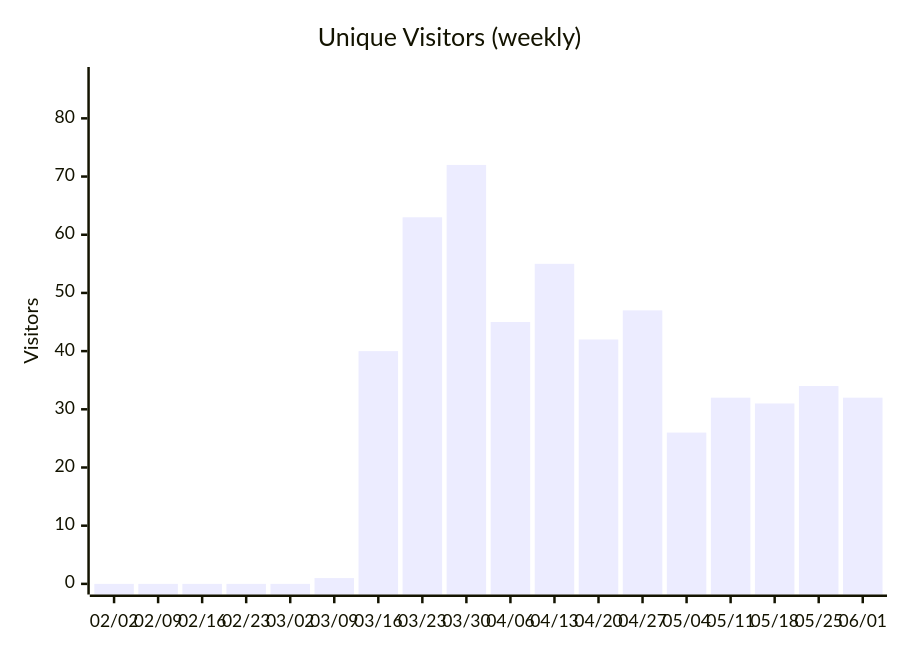
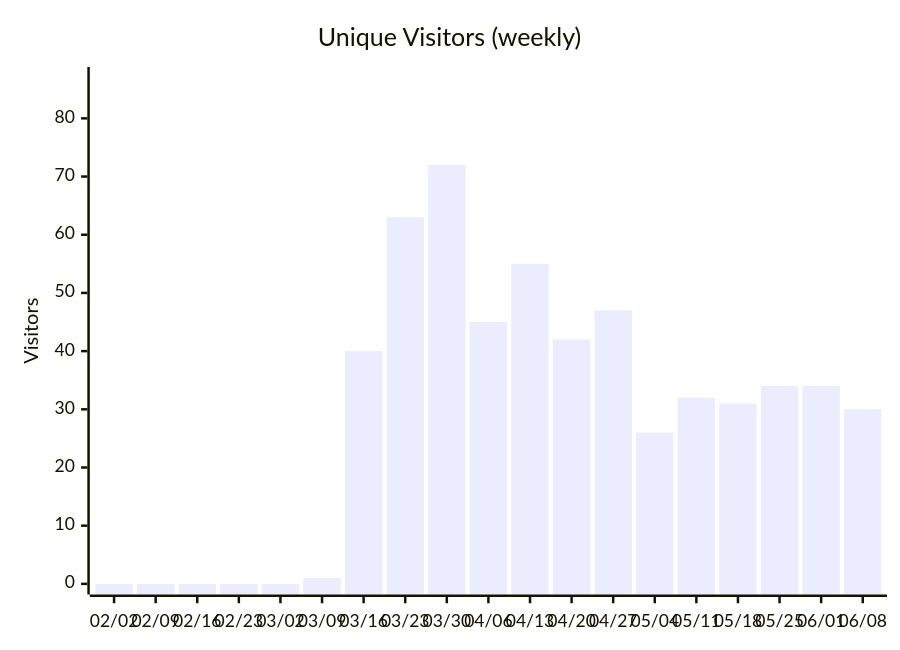
One commit to nablarch/nabledge-dev changed diagram 13 of 14 in docs/metrics.md. Above: the diagram before and after it, drawn with Mermaid. The commit also changed other lines of this file and 2 other files, not shown here.

````diff
--- a/docs/metrics.md
+++ b/docs/metrics.md
@@ -169,7 +169,7 @@
 ```mermaid
 xychart-beta
   title "Unique Visitors (weekly)"
-  x-axis ["02/02", "02/09", "02/16", "02/23", "03/02", "03/09", "03/16", "03/23", "03/30", "04/06", "04/13", "04/20", "04/27", "05/04", "05/11", "05/18", "05/25", "06/01"]
+  x-axis ["02/02", "02/09", "02/16", "02/23", "03/02", "03/09", "03/16", "03/23", "03/30", "04/06", "04/13", "04/20", "04/27", "05/04", "05/11", "05/18", "05/25", "06/01", "06/08"]
   y-axis "Visitors" 0 --> 87
-  bar [0, 0, 0, 0, 0, 1, 40, 63, 72, 45, 55, 42, 47, 26, 32, 31, 34, 32]
+  bar [0, 0, 0, 0, 0, 1, 40, 63, 72, 45, 55, 42, 47, 26, 32, 31, 34, 34, 30]
 ```
````
